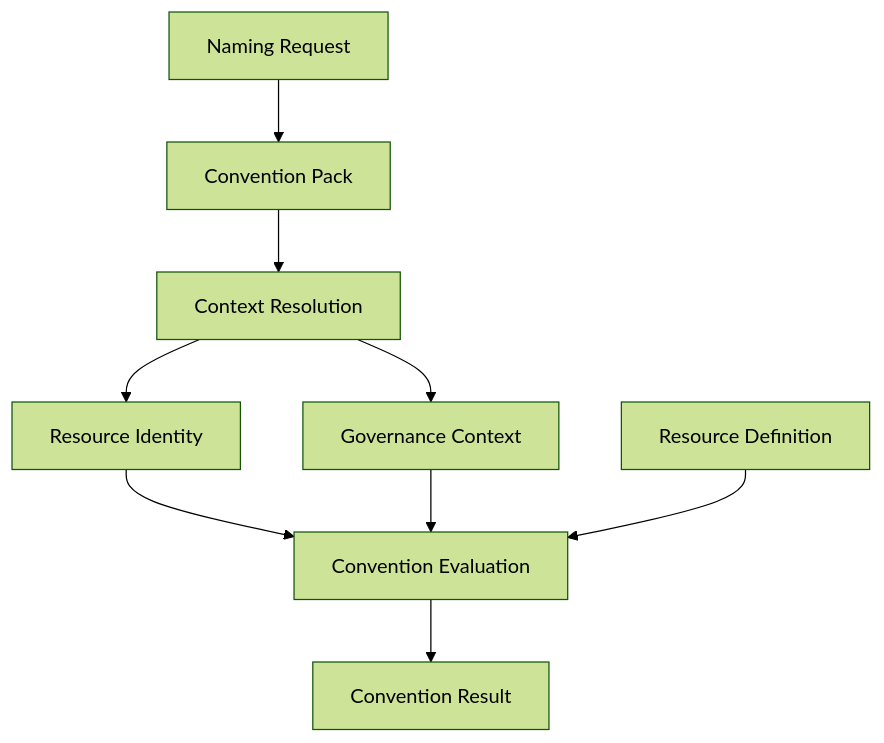
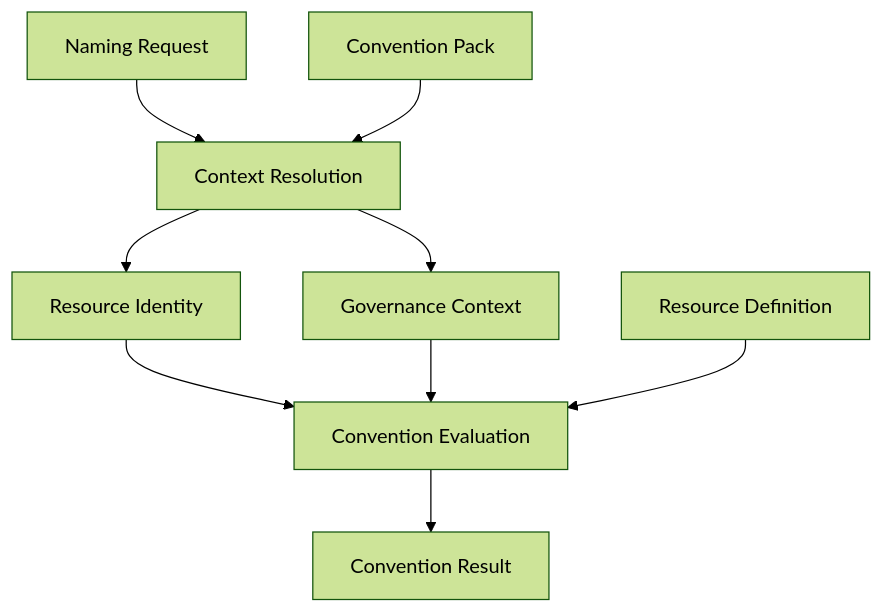
The diagram in specification/governance-context.md (lksnext/iac-resource-conventions), drawn with Mermaid (forest theme) before and after one commit. The commit also changed other lines of this file and 8 other files, not shown here.

First line of the commit message:
docs(specification): add first aws workload convention pack (#16)

````diff
--- a/specification/governance-context.md
+++ b/specification/governance-context.md
@@ -85,12 +86,20 @@
 ```mermaid
 flowchart TD
-    NR["Naming Request"] --> CP["Convention Pack"]
-    CP --> CR["Context Resolution"]
-    CR --> RI["Resource Identity"]
-    CR --> GC["Governance Context"]
+    NR["Naming Request"]
+    CP["Convention Pack"]
+    CR["Context Resolution"]
+    RI["Resource Identity"]
+    GC["Governance Context"]
     RD["Resource Definition"]
-    RI --> CE["Convention Evaluation"]
+    CE["Convention Evaluation"]
+    Result["Convention Result"]
+
+    NR --> CR
+    CP --> CR
+    CR --> RI
+    CR --> GC
+    RI --> CE
     GC --> CE
     RD --> CE
-    CE --> Result["Convention Result"]
+    CE --> Result
 ```
````
